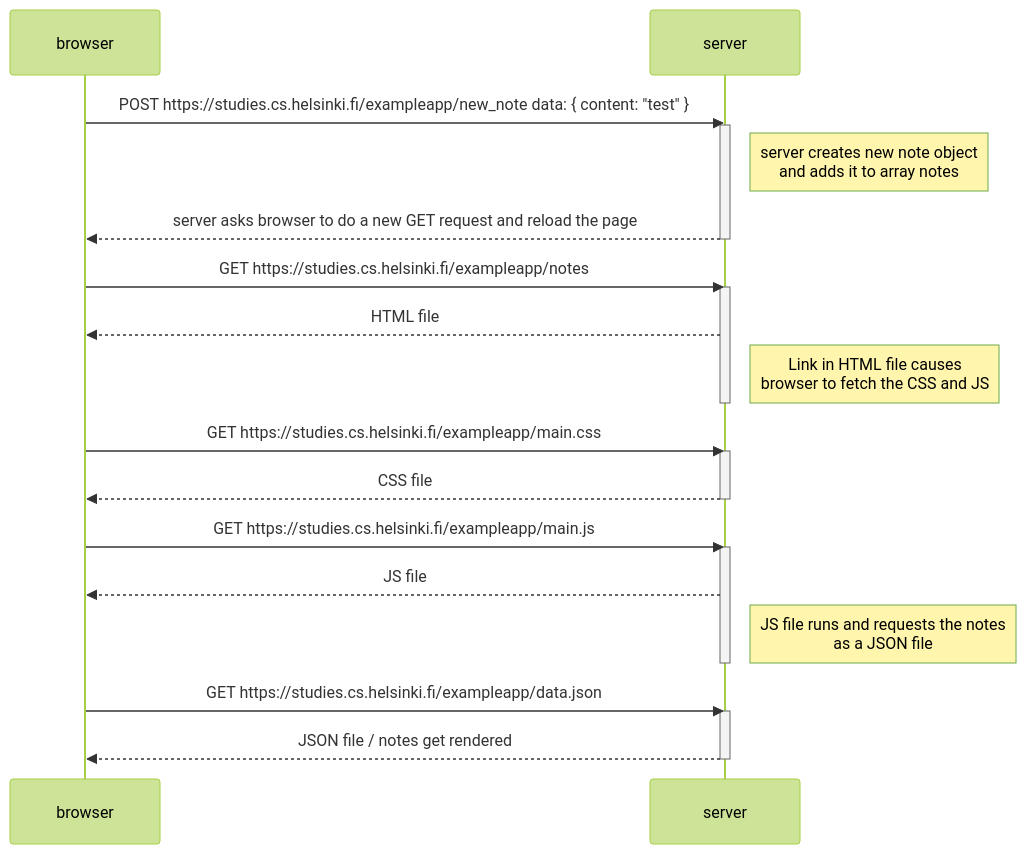
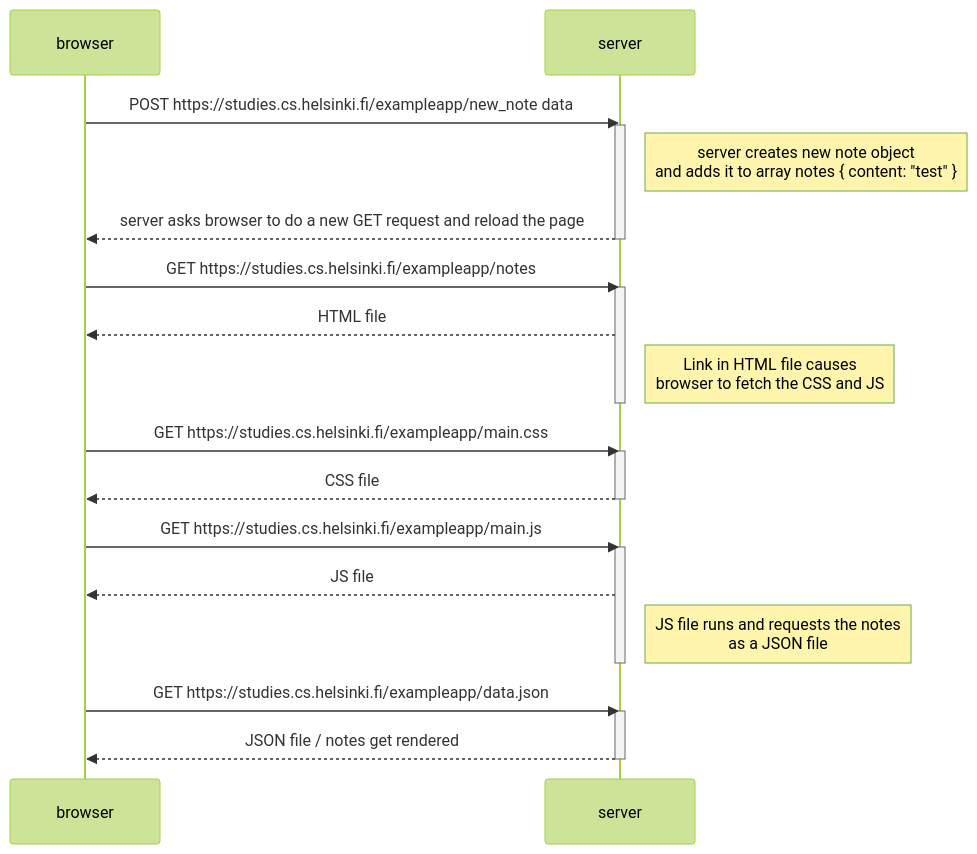
One commit to ReinoutSchols/fullstack-open-part0-Submissions changed the diagram in exercise4New-note-diagram.md. Above: the diagram before and after it, drawn with Mermaid (forest theme).

Commit message:
Update exercise4New-note-diagram.md
replaced : { content: "test" } from GET to the note.

````diff
--- a/exercise4New-note-diagram.md
+++ b/exercise4New-note-diagram.md
@@ -1,35 +1,35 @@
 ```mermaid
 
 sequenceDiagram
     participant browser
     participant server
 
-    browser->>server: POST https://studies.cs.helsinki.fi/exampleapp/new_note data: { content: "test" }
+    browser->>server: POST https://studies.cs.helsinki.fi/exampleapp/new_note data
     activate server
-    note right of server: server creates new note object <br>and adds it to array notes
+    note right of server: server creates new note object <br>and adds it to array notes { content: "test" }
     server-->>browser: server asks browser to do a new GET request and reload the page
     deactivate server
 
     browser->>server: GET https://studies.cs.helsinki.fi/exampleapp/notes
     activate server
     server-->>browser:  HTML file
     note right of server: Link in HTML file causes <br> browser to fetch the CSS and JS
     deactivate server
 
     browser->>server: GET https://studies.cs.helsinki.fi/exampleapp/main.css
     activate server
     server-->>browser:  CSS file
     deactivate server
 
     browser->>server: GET https://studies.cs.helsinki.fi/exampleapp/main.js
     activate server
     server-->>browser:  JS file
     note right of server: JS file runs and requests the notes<br> as a JSON file
     deactivate server
 
     browser->>server: GET https://studies.cs.helsinki.fi/exampleapp/data.json
     activate server
     server-->>browser:  JSON file / notes get rendered
     deactivate server
 
 ```
````
